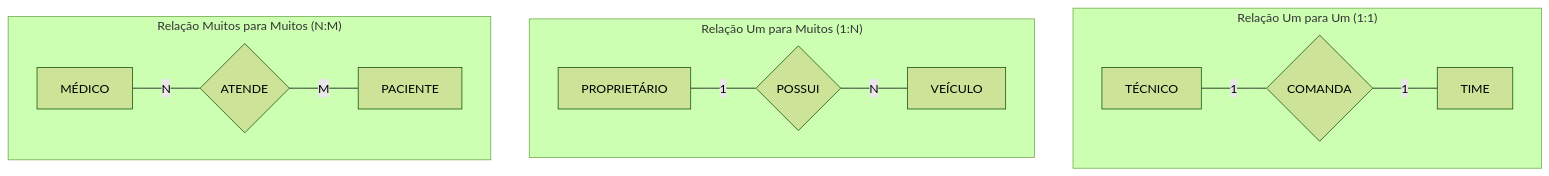
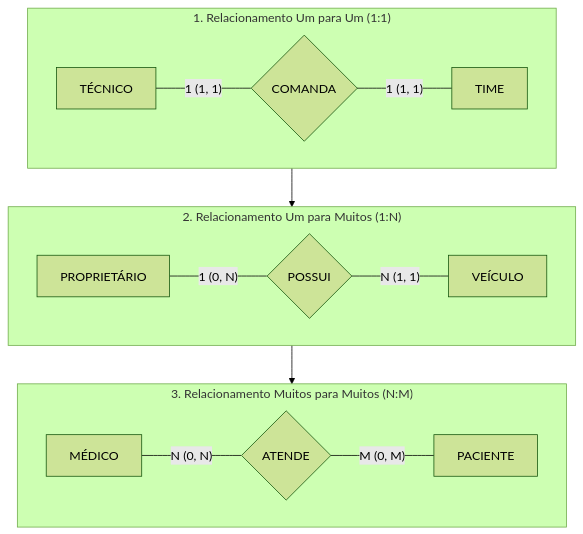
The fourth of 7 diagrams in 02. Modelagem de Dados/06. Modelagem de relacionamentos, cardinalidade e restrições de participação.md (leorruas/puc), drawn with Mermaid (forest theme) before and after one commit. The commit also changed other lines of this file, not shown here.

````diff
--- a/02. Modelagem de Dados/06. Modelagem de relacionamentos, cardinalidade e restrições de participação.md
+++ b/02. Modelagem de Dados/06. Modelagem de relacionamentos, cardinalidade e restrições de participação.md
@@ -123,14 +125,16 @@
 ```mermaid
 flowchart TD
-    subgraph Subgraph11["Relação Um para Um (1:1)"]
-        T1["TÉCNICO"] ---|"1"| R1{"COMANDA"} ---|"1"| TM1["TIME"]
+    subgraph Subgraph11["1. Relacionamento Um para Um (1:1)"]
+        T1["TÉCNICO"] ---|"1 (1, 1)"| R1{"COMANDA"} ---|"1 (1, 1)"| TM1["TIME"]
     end
 
-    subgraph Subgraph1N["Relação Um para Muitos (1:N)"]
-        P1["PROPRIETÁRIO"] ---|"1"| R2{"POSSUI"} ---|"N"| V1["VEÍCULO"]
+    subgraph Subgraph1N["2. Relacionamento Um para Muitos (1:N)"]
+        P1["PROPRIETÁRIO"] ---|"1 (0, N)"| R2{"POSSUI"} ---|"N (1, 1)"| V1["VEÍCULO"]
     end
 
-    subgraph SubgraphNM["Relação Muitos para Muitos (N:M)"]
-        M1["MÉDICO"] ---|"N"| R3{"ATENDE"} ---|"M"| PC1["PACIENTE"]
+    subgraph SubgraphNM["3. Relacionamento Muitos para Muitos (N:M)"]
+        M1["MÉDICO"] ---|"N (0, N)"| R3{"ATENDE"} ---|"M (0, M)"| PC1["PACIENTE"]
     end
+
+    Subgraph11 --> Subgraph1N --> SubgraphNM
 ```
````
